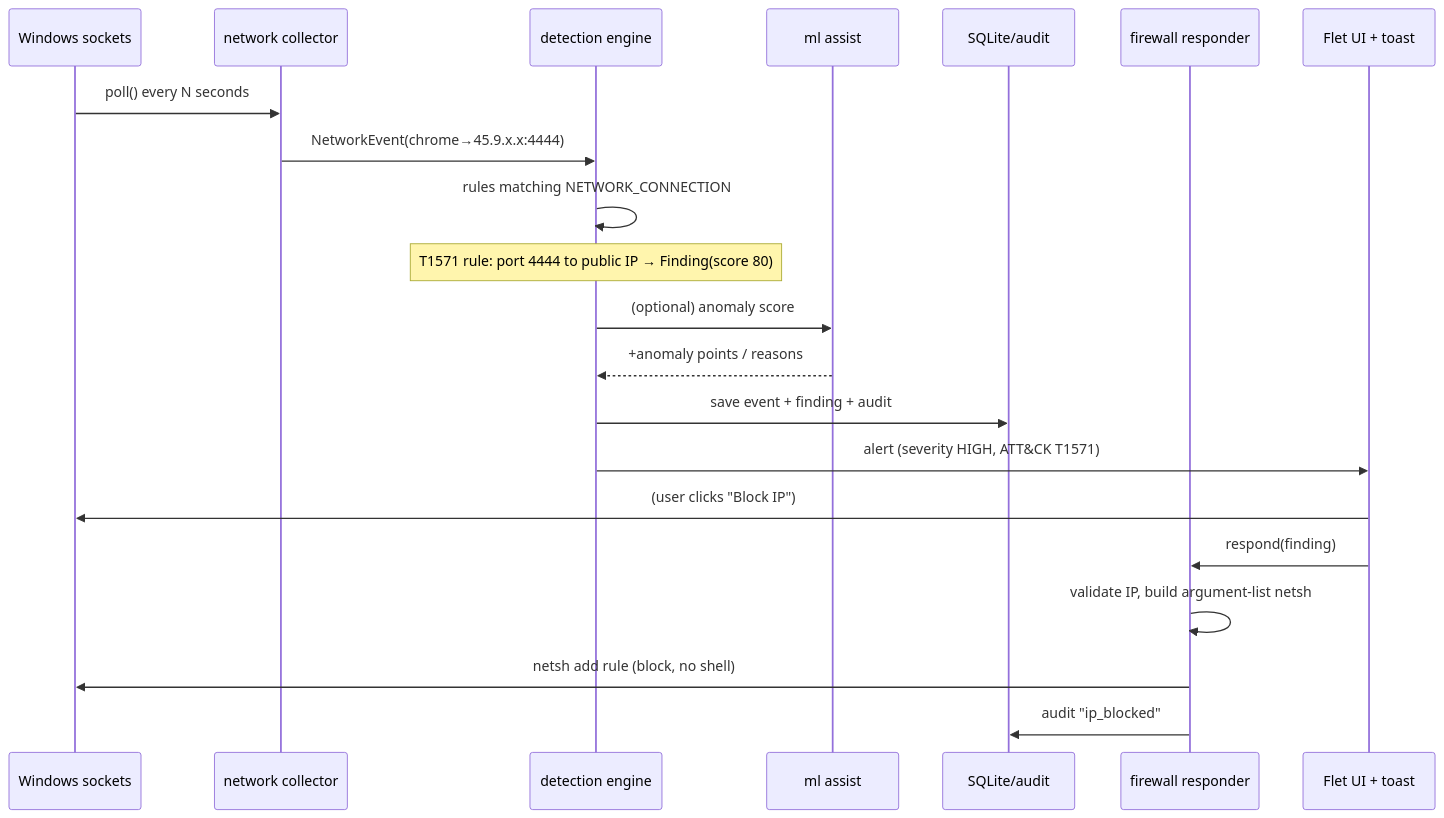
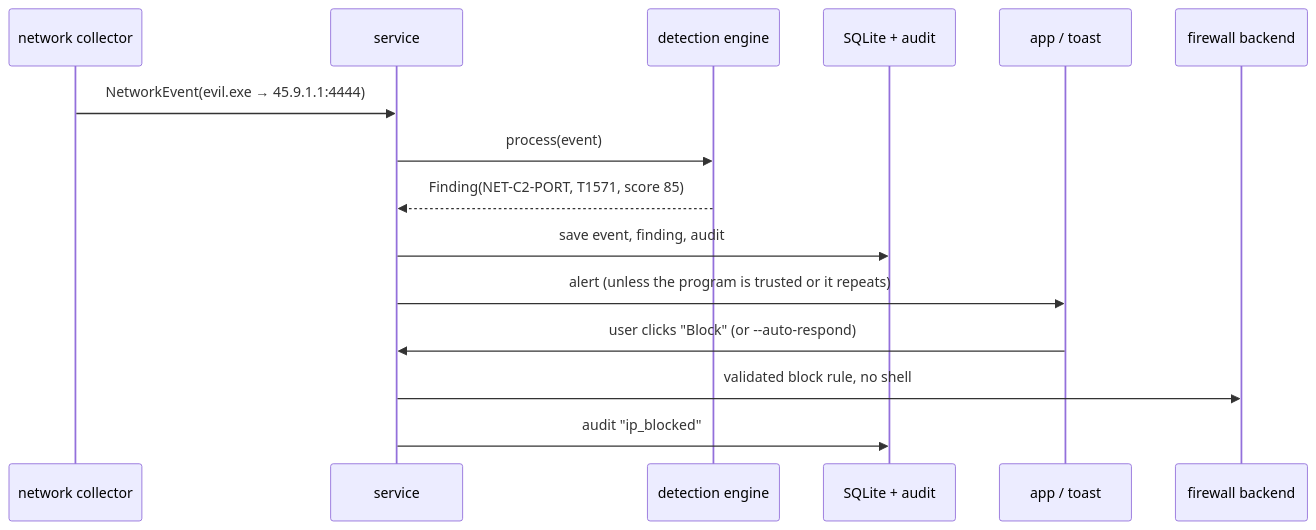
Before and after one commit to om-jangam/aegis: the second of 2 diagrams in docs/ARCHITECTURE.md, drawn with Mermaid. The commit also changed other lines of this file and 33 other files, not shown here.

````diff
--- a/docs/ARCHITECTURE.md
+++ b/docs/ARCHITECTURE.md
@@ -166,24 +125,18 @@
 ```mermaid
 sequenceDiagram
-    participant OS as Windows sockets
     participant COL as network collector
+    participant SVC as service
     participant ENG as detection engine
-    participant ML as ml assist
-    participant STORE as SQLite/audit
-    participant RESP as firewall responder
-    participant UI as Flet UI + toast
+    participant DB as SQLite + audit
+    participant UI as app / toast
+    participant FW as firewall backend
 
-    OS->>COL: poll() every N seconds
-    COL->>ENG: NetworkEvent(chrome→45.9.x.x:4444)
-    ENG->>ENG: rules matching NETWORK_CONNECTION
-    Note over ENG: T1571 rule: port 4444 to public IP → Finding(score 80)
-    ENG->>ML: (optional) anomaly score
-    ML-->>ENG: +anomaly points / reasons
-    ENG->>STORE: save event + finding + audit
-    ENG->>UI: alert (severity HIGH, ATT&CK T1571)
-    UI->>OS: (user clicks "Block IP")
-    UI->>RESP: respond(finding)
-    RESP->>RESP: validate IP, build argument-list netsh
-    RESP->>OS: netsh add rule (block, no shell)
-    RESP->>STORE: audit "ip_blocked"
+    COL->>SVC: NetworkEvent(evil.exe → 45.9.1.1:4444)
+    SVC->>ENG: process(event)
+    ENG-->>SVC: Finding(NET-C2-PORT, T1571, score 85)
+    SVC->>DB: save event, finding, audit
+    SVC->>UI: alert (unless the program is trusted or it repeats)
+    UI->>SVC: user clicks "Block"  (or --auto-respond)
+    SVC->>FW: validated block rule, no shell
+    SVC->>DB: audit "ip_blocked"
 ```
````
